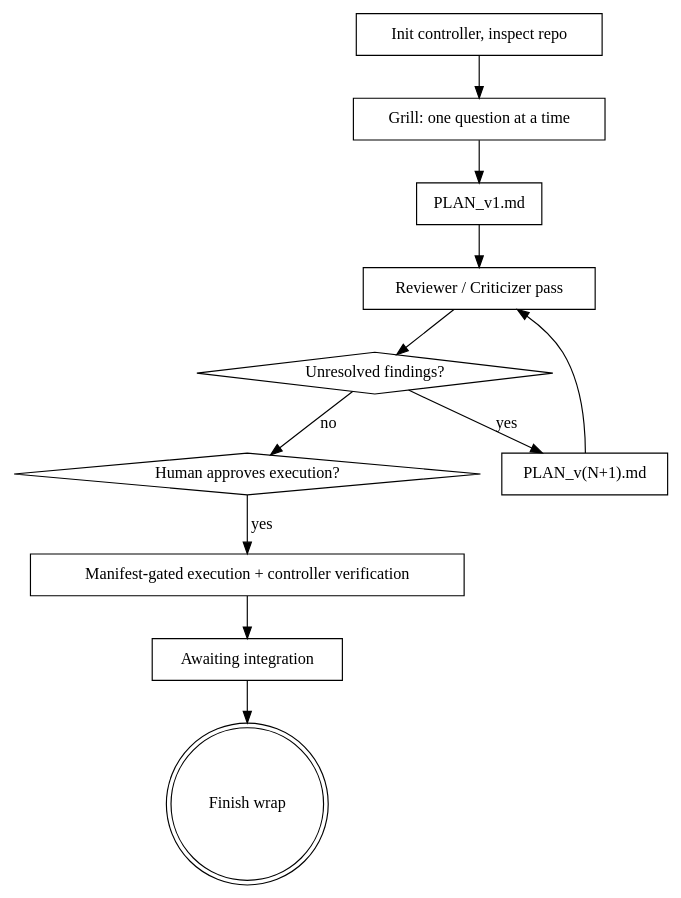
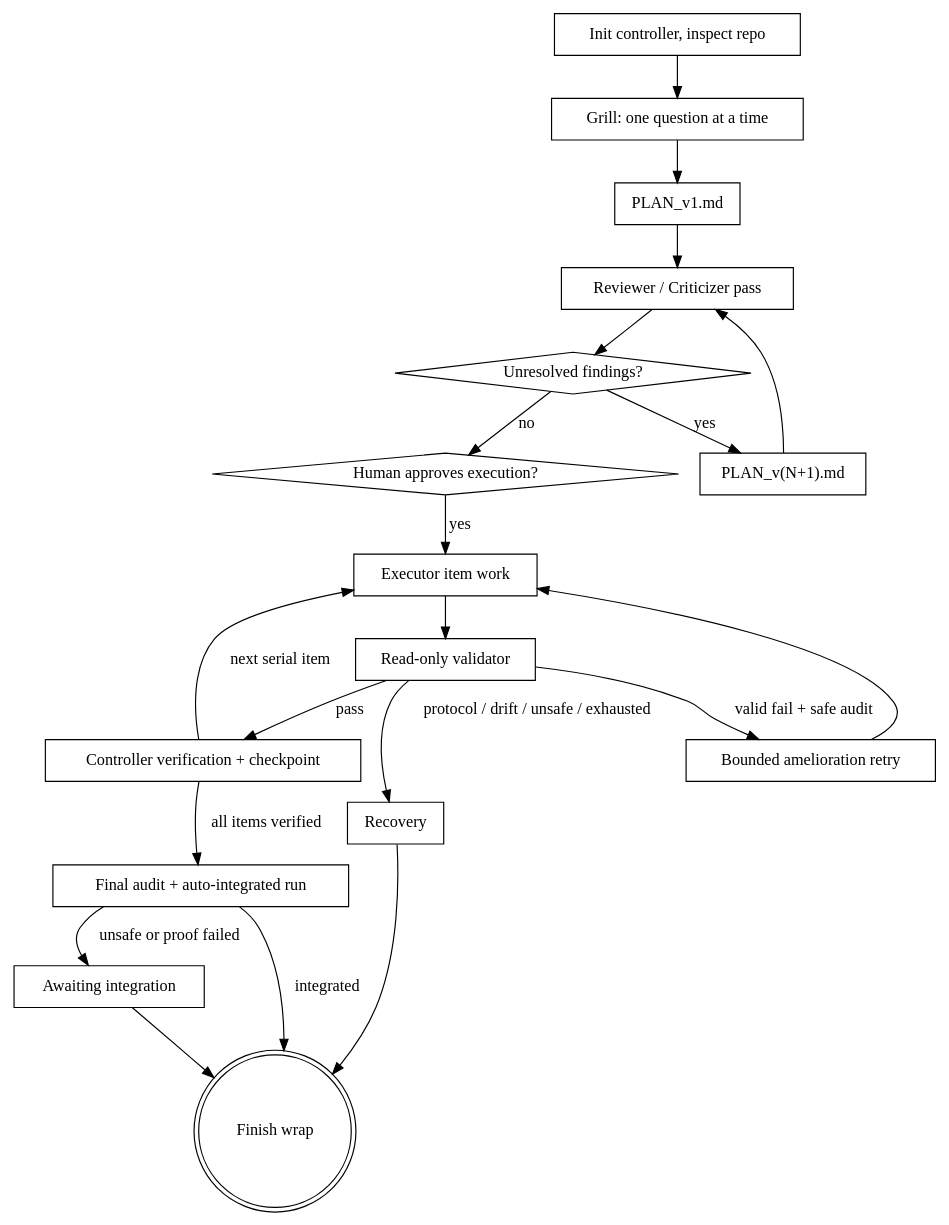
The diagram in skills/optim-plans/SKILL.md (Optim-Agent/optim-plans), drawn with Graphviz before and after one commit. The commit also changed other lines of this file and 3 other files, not shown here.

````diff
--- a/skills/optim-plans/SKILL.md
+++ b/skills/optim-plans/SKILL.md
@@ -47,25 +47,39 @@
 ```dot
 digraph optim_plans {
     "Init controller, inspect repo" [shape=box];
     "Grill: one question at a time" [shape=box];
     "PLAN_v1.md" [shape=box];
     "Reviewer / Criticizer pass" [shape=box];
     "Unresolved findings?" [shape=diamond];
     "PLAN_v(N+1).md" [shape=box];
     "Human approves execution?" [shape=diamond];
-    "Manifest-gated execution + controller verification" [shape=box];
+    "Executor item work" [shape=box];
+    "Read-only validator" [shape=box];
+    "Bounded amelioration retry" [shape=box];
+    "Controller verification + checkpoint" [shape=box];
+    "Recovery" [shape=box];
+    "Final audit + auto-integrated run" [shape=box];
     "Awaiting integration" [shape=box];
     "Finish wrap" [shape=doublecircle];
 
     "Init controller, inspect repo" -> "Grill: one question at a time";
     "Grill: one question at a time" -> "PLAN_v1.md";
     "PLAN_v1.md" -> "Reviewer / Criticizer pass";
     "Reviewer / Criticizer pass" -> "Unresolved findings?";
     "Unresolved findings?" -> "PLAN_v(N+1).md" [label="yes"];
     "PLAN_v(N+1).md" -> "Reviewer / Criticizer pass";
     "Unresolved findings?" -> "Human approves execution?" [label="no"];
-    "Human approves execution?" -> "Manifest-gated execution + controller verification" [label="yes"];
-    "Manifest-gated execution + controller verification" -> "Awaiting integration";
+    "Human approves execution?" -> "Executor item work" [label="yes"];
+    "Executor item work" -> "Read-only validator";
+    "Read-only validator" -> "Bounded amelioration retry" [label="valid fail + safe audit"];
+    "Bounded amelioration retry" -> "Executor item work";
+    "Read-only validator" -> "Controller verification + checkpoint" [label="pass"];
+    "Read-only validator" -> "Recovery" [label="protocol / drift / unsafe / exhausted"];
+    "Controller verification + checkpoint" -> "Executor item work" [label="next serial item"];
+    "Controller verification + checkpoint" -> "Final audit + auto-integrated run" [label="all items verified"];
+    "Final audit + auto-integrated run" -> "Awaiting integration" [label="unsafe or proof failed"];
+    "Final audit + auto-integrated run" -> "Finish wrap" [label="integrated"];
+    "Recovery" -> "Finish wrap";
     "Awaiting integration" -> "Finish wrap";
 }
 ```
````
